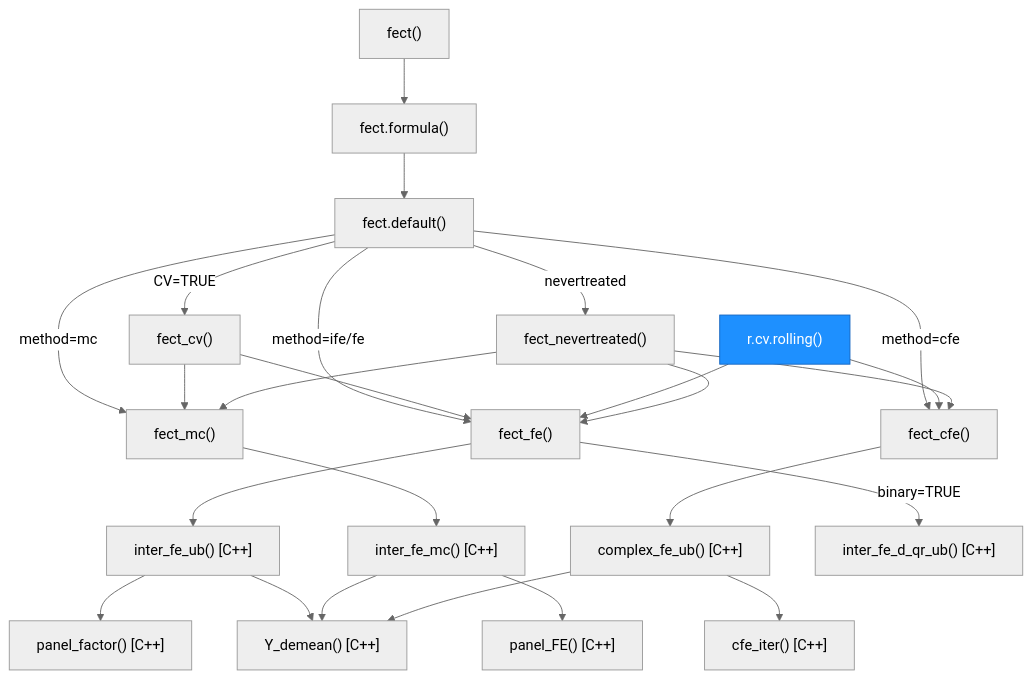
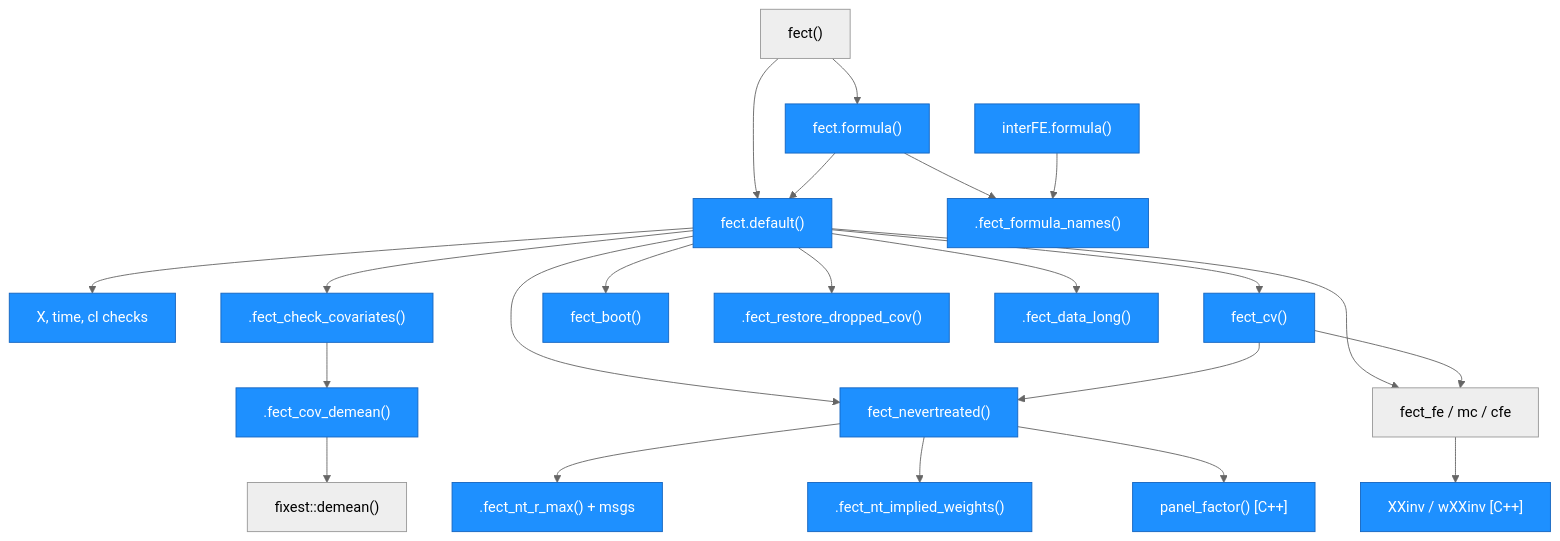
The second of 5 diagrams in ARCHITECTURE.md (xuyiqing/fect), drawn with Mermaid before and after one commit. The commit also changed other lines of this file, not shown here.

First line of the commit message:
docs: refresh ARCHITECTURE.md for the 2.4.6 correctness fixes

````diff
--- a/ARCHITECTURE.md
+++ b/ARCHITECTURE.md
@@ -177,48 +160,62 @@
 ```mermaid
 %%{init: {'theme': 'neutral'}}%%
 graph TD
     F1["fect()"]
     F2["fect.formula()"]
     F3["fect.default()"]
-    F4["fect_cv()"]
-    F5["fect_fe()"]
-    F6["fect_mc()"]
-    F7["fect_cfe()"]
-    F8["fect_nevertreated()"]
-    F9["r.cv.rolling()"]
-    C1["inter_fe_ub() [C++]"]
-    C2["inter_fe_mc() [C++]"]
-    C3["complex_fe_ub() [C++]"]
-    C4["inter_fe_d_qr_ub() [C++]"]
-    S1["panel_factor() [C++]"]
-    S2["panel_FE() [C++]"]
-    S3["Y_demean() [C++]"]
-    S4["cfe_iter() [C++]"]
-
-    style F9 fill:#1e90ff,stroke:#1565c0,color:#fff
+    H1[".fect_formula_names()"]
+    H2["X, time, cl checks"]
+    H3[".fect_check_covariates()"]
+    H4[".fect_cov_demean()"]
+    FX["fixest::demean()"]
+    CV["fect_cv()"]
+    FE["fect_fe / mc / cfe"]
+    NT["fect_nevertreated()"]
+    N1[".fect_nt_r_max() + msgs"]
+    N2[".fect_nt_implied_weights()"]
+    BT["fect_boot()"]
+    R1[".fect_restore_dropped_cov()"]
+    R2[".fect_data_long()"]
+    IF["interFE.formula()"]
+    XX["XXinv / wXXinv [C++]"]
+    PF["panel_factor() [C++]"]
 
     F1 --> F2
+    F1 --> F3
+    F2 --> H1
     F2 --> F3
-    F3 -->|"CV=TRUE"| F4
-    F3 -->|"method=ife/fe"| F5
-    F3 -->|"method=mc"| F6
-    F3 -->|"method=cfe"| F7
-    F3 -->|"nevertreated"| F8
-    F4 --> F5
-    F4 --> F6
-    F9 --> F5
-    F9 --> F7
-    F8 --> F5
-    F8 --> F6
-    F8 --> F7
-    F5 --> C1
-    F5 -->|"binary=TRUE"| C4
-    F6 --> C2
-    F7 --> C3
-    C1 --> S1
-    C1 --> S3
-    C2 --> S2
-    C2 --> S3
-    C3 --> S4
-    C3 --> S3
+    IF --> H1
+    F3 --> H2
+    F3 --> H3
+    H3 --> H4
+    H4 --> FX
+    F3 --> CV
+    F3 --> FE
+    F3 --> NT
+    F3 --> BT
+    F3 --> R1
+    F3 --> R2
+    CV --> NT
+    CV --> FE
+    NT --> N1
+    NT --> N2
+    FE --> XX
+    NT --> PF
+
+    style F2 fill:#1e90ff,stroke:#1565c0,color:#fff
+    style F3 fill:#1e90ff,stroke:#1565c0,color:#fff
+    style H1 fill:#1e90ff,stroke:#1565c0,color:#fff
+    style H2 fill:#1e90ff,stroke:#1565c0,color:#fff
+    style H3 fill:#1e90ff,stroke:#1565c0,color:#fff
+    style H4 fill:#1e90ff,stroke:#1565c0,color:#fff
+    style CV fill:#1e90ff,stroke:#1565c0,color:#fff
+    style NT fill:#1e90ff,stroke:#1565c0,color:#fff
+    style N1 fill:#1e90ff,stroke:#1565c0,color:#fff
+    style N2 fill:#1e90ff,stroke:#1565c0,color:#fff
+    style BT fill:#1e90ff,stroke:#1565c0,color:#fff
+    style R1 fill:#1e90ff,stroke:#1565c0,color:#fff
+    style R2 fill:#1e90ff,stroke:#1565c0,color:#fff
+    style IF fill:#1e90ff,stroke:#1565c0,color:#fff
+    style XX fill:#1e90ff,stroke:#1565c0,color:#fff
+    style PF fill:#1e90ff,stroke:#1565c0,color:#fff
 ```
````
